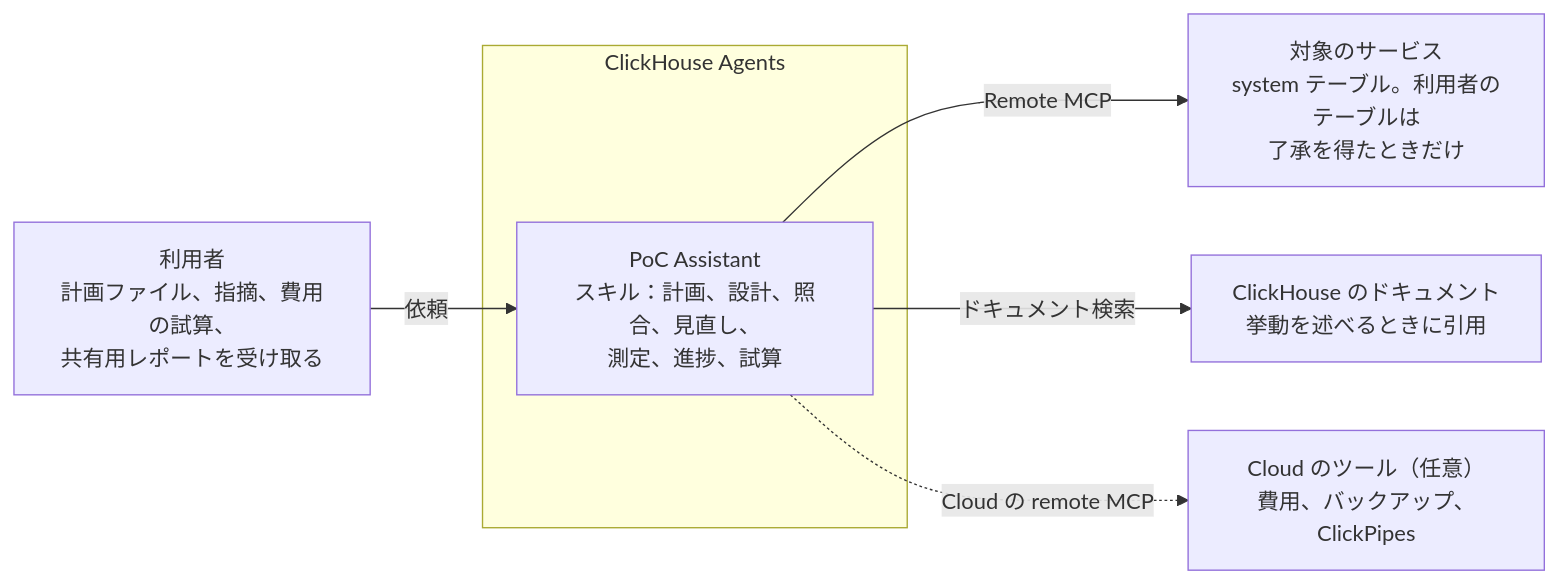
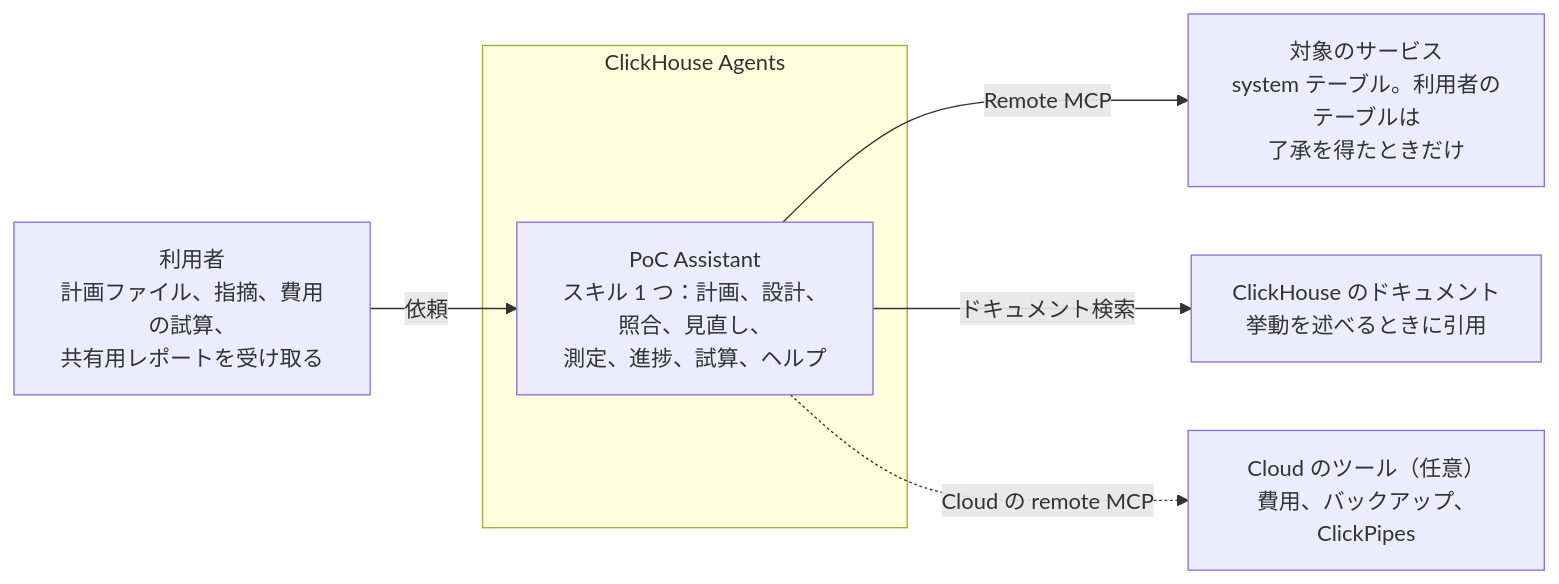
One commit to tkykenmt-at-ch/clickhouse-poc-assistant changed the diagram in README.ja.md. Above: the diagram before and after it, drawn with Mermaid. The commit also changed other lines of this file and 31 other files, not shown here.

````diff
--- a/README.ja.md
+++ b/README.ja.md
@@ -57,14 +58,14 @@
 ```mermaid
 flowchart LR
     U["利用者<br/>計画ファイル、指摘、費用の試算、<br/>共有用レポートを受け取る"]
     subgraph AG["ClickHouse Agents"]
-        A["PoC Assistant<br/>スキル：計画、設計、照合、見直し、<br/>測定、進捗、試算"]
+        A["PoC Assistant<br/>スキル 1 つ：計画、設計、照合、見直し、<br/>測定、進捗、試算、ヘルプ"]
     end
     SVC["対象のサービス<br/>system テーブル。利用者のテーブルは<br/>了承を得たときだけ"]
     D["ClickHouse のドキュメント<br/>挙動を述べるときに引用"]
     C["Cloud のツール（任意）<br/>費用、バックアップ、ClickPipes"]
     U -- "依頼" --> A
     A -- "Remote MCP" --> SVC
     A -- "ドキュメント検索" --> D
     A -. "Cloud の remote MCP" .-> C
 ```
````
